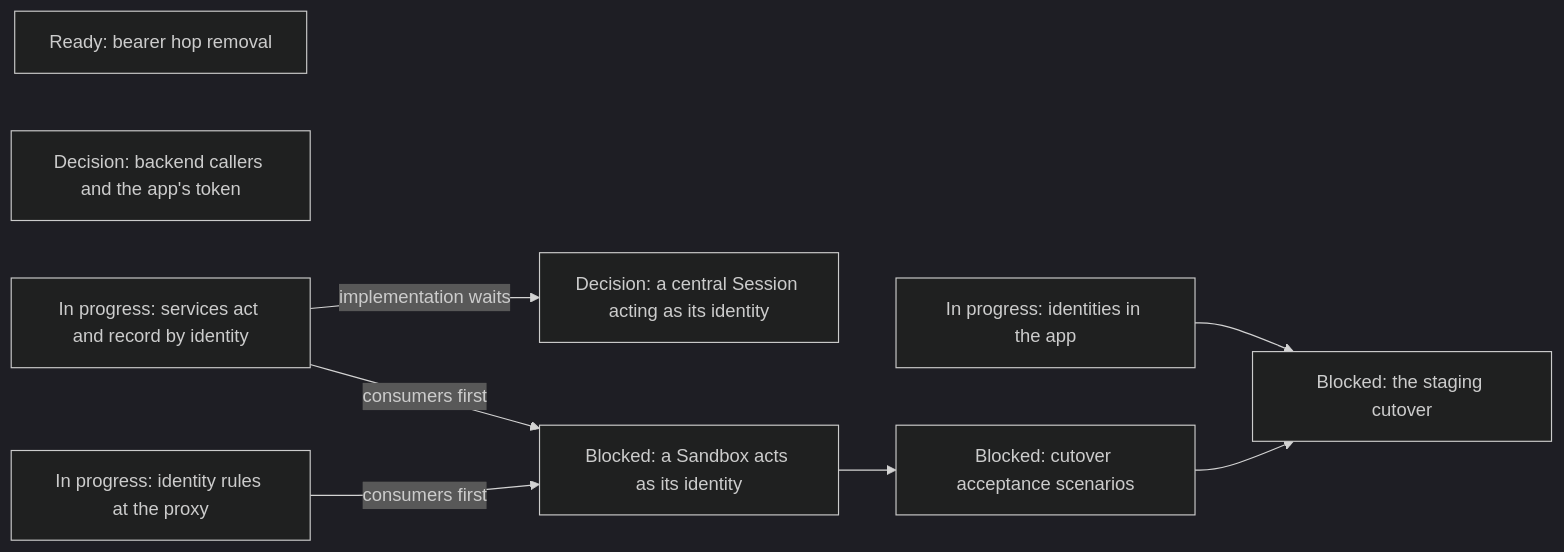
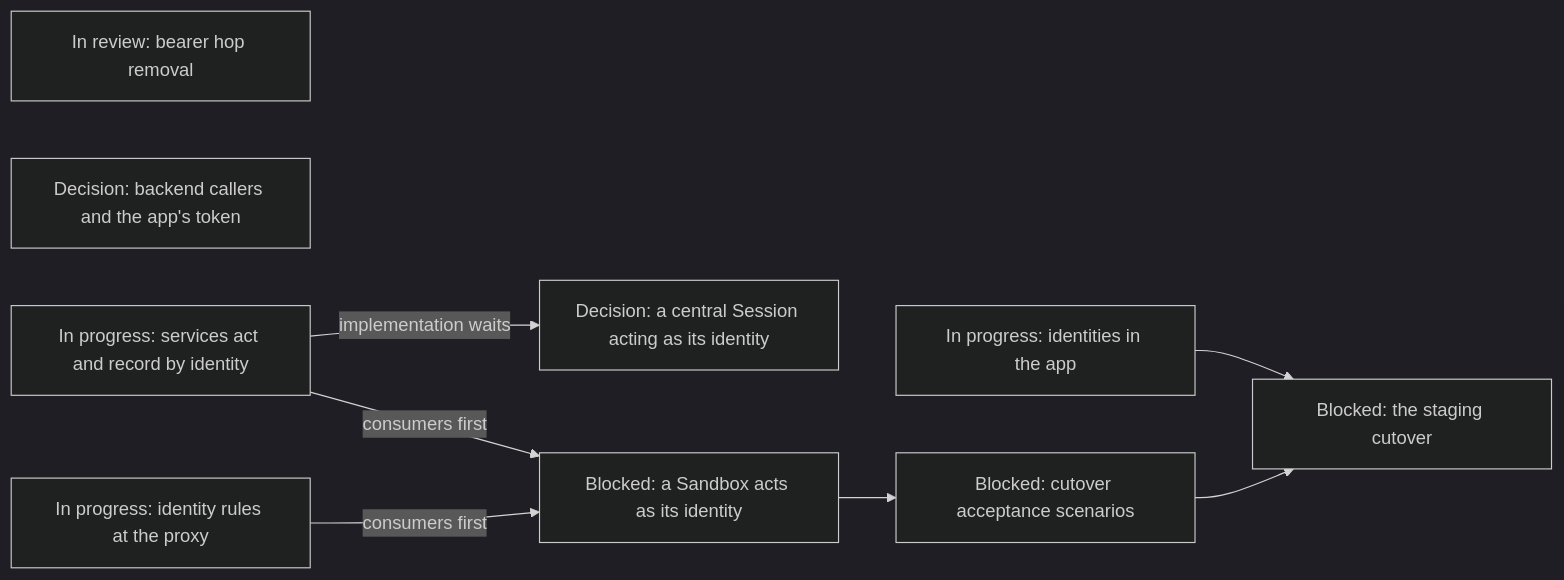
One commit to agentydragon/ducktape changed diagram 17 of 19 in agentplane/plans/task_dag.md. Above: the diagram before and after it, drawn with Mermaid (dark theme). The commit also changed other lines of this file and 46 other files, not shown here.

First line of the commit message:
agentplane egress: remove the forward listener's bearer hop

````diff
--- a/agentplane/plans/task_dag.md
+++ b/agentplane/plans/task_dag.md
@@ -3035,16 +3033,16 @@
 ```mermaid
 flowchart LR
-    WORKLOAD_AUTH_CUTOVER[Ready: bearer hop removal]
+    WORKLOAD_AUTH_CUTOVER[In review: bearer hop removal]
     SERVICE_CALLER_AUTH_DECISION[Decision: backend callers and the app's token]
     CENTRAL_SESSION_ACTING_DESIGN[Decision: a central Session acting as its identity]
     SERVICES_IDENTITY_PRINCIPAL -->|implementation waits| CENTRAL_SESSION_ACTING_DESIGN
     APP_IDENTITIES_UI[In progress: identities in the app]
     EGRESS_IDENTITY_RULES[In progress: identity rules at the proxy]
     SERVICES_IDENTITY_PRINCIPAL[In progress: services act and record by identity]
     SANDBOX_IDENTITY_SPEC[Blocked: a Sandbox acts as its identity]
     EGRESS_IDENTITY_RULES -->|consumers first| SANDBOX_IDENTITY_SPEC
     SERVICES_IDENTITY_PRINCIPAL -->|consumers first| SANDBOX_IDENTITY_SPEC
     SANDBOX_IDENTITY_SPEC --> IDENTITY_SYSTEM_TESTS[Blocked: cutover acceptance scenarios]
     IDENTITY_SYSTEM_TESTS --> IDENTITY_CUTOVER[Blocked: the staging cutover]
     APP_IDENTITIES_UI --> IDENTITY_CUTOVER
 ```
````
